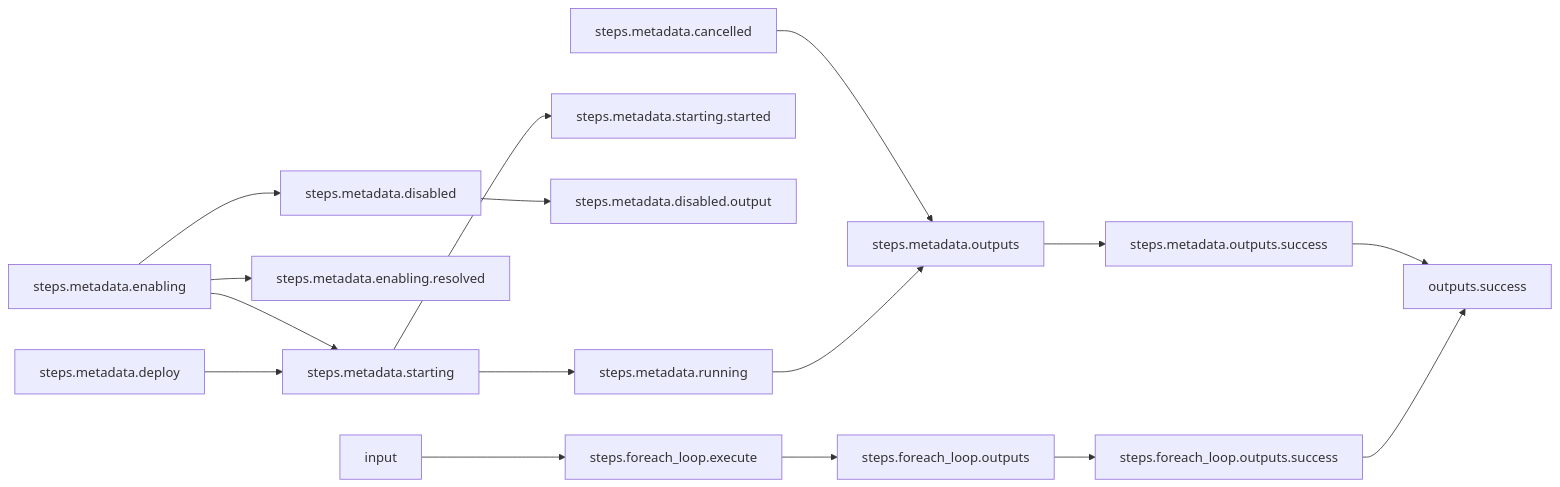
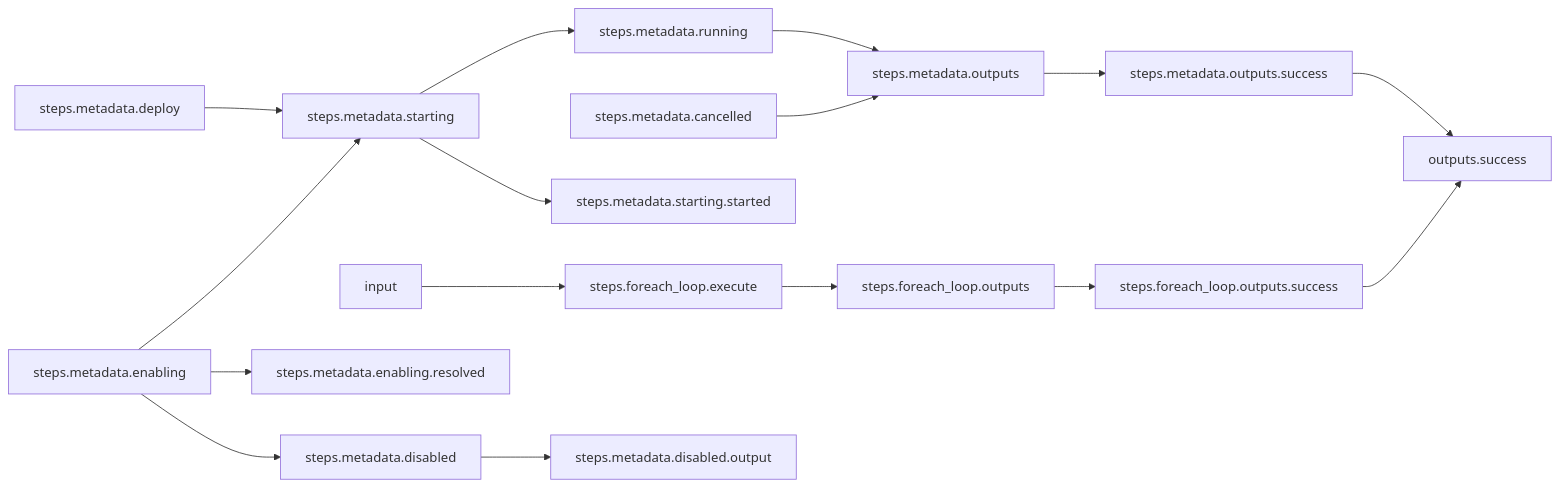
The first of 2 diagrams in basic-examples/sub-workflow-foreach/README.md (arcalot/arcaflow-workflows), drawn with Mermaid before and after one commit. The commit also changed other lines of this file and 19 other files, not shown here.

````diff
--- a/basic-examples/sub-workflow-foreach/README.md
+++ b/basic-examples/sub-workflow-foreach/README.md
@@ -34,20 +101,20 @@
 ```mermaid
 %% Mermaid markdown workflow
 flowchart LR
 %% Success path
 steps.metadata.running-->steps.metadata.outputs
+input-->steps.foreach_loop.execute
+steps.metadata.outputs.success-->outputs.success
+steps.foreach_loop.execute-->steps.foreach_loop.outputs
+steps.metadata.outputs-->steps.metadata.outputs.success
+steps.foreach_loop.outputs.success-->outputs.success
+steps.metadata.starting-->steps.metadata.running
+steps.metadata.starting-->steps.metadata.starting.started
 steps.metadata.deploy-->steps.metadata.starting
-steps.metadata.starting-->steps.metadata.starting.started
-steps.metadata.starting-->steps.metadata.running
-steps.metadata.outputs-->steps.metadata.outputs.success
-steps.foreach_loop.outputs-->steps.foreach_loop.outputs.success
+steps.metadata.cancelled-->steps.metadata.outputs
 steps.metadata.enabling-->steps.metadata.enabling.resolved
 steps.metadata.enabling-->steps.metadata.starting
 steps.metadata.enabling-->steps.metadata.disabled
 steps.metadata.disabled-->steps.metadata.disabled.output
-input-->steps.foreach_loop.execute
-steps.foreach_loop.outputs.success-->outputs.success
-steps.foreach_loop.execute-->steps.foreach_loop.outputs
-steps.metadata.cancelled-->steps.metadata.outputs
-steps.metadata.outputs.success-->outputs.success
+steps.foreach_loop.outputs-->steps.foreach_loop.outputs.success
 ```
````
